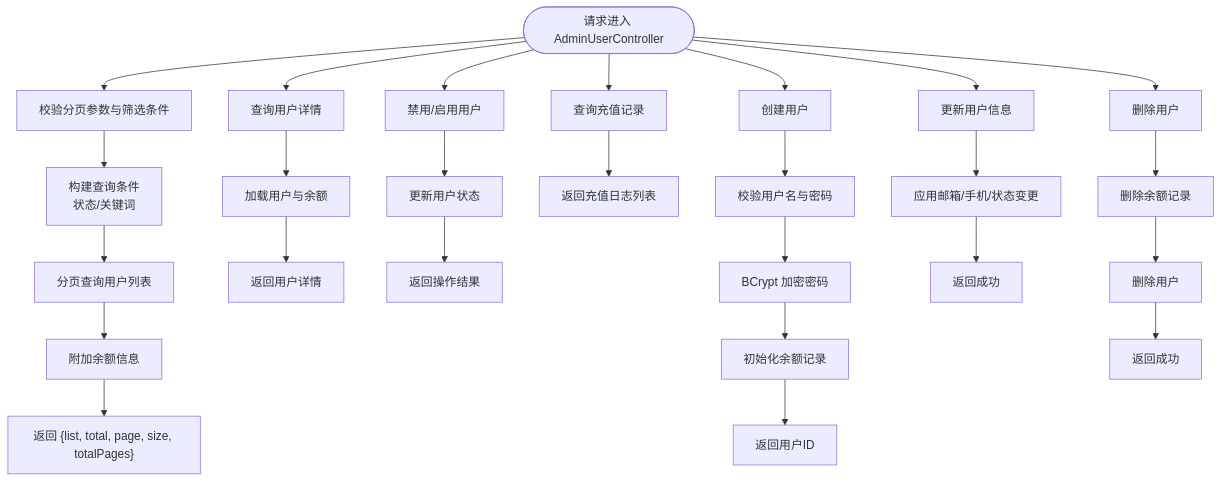
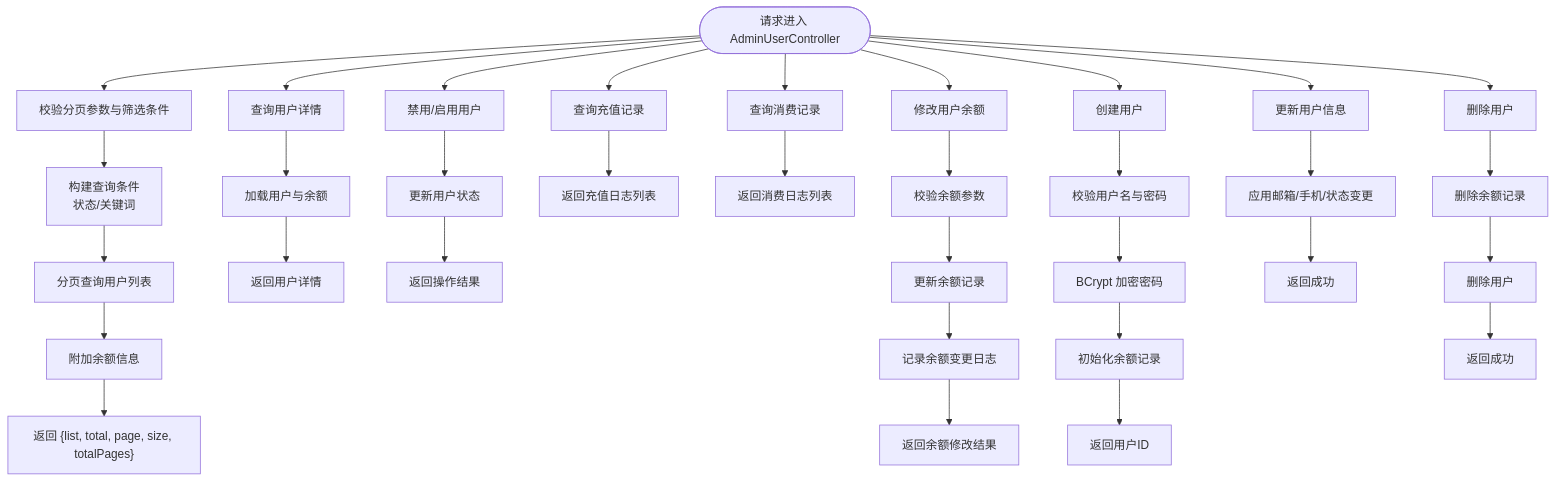
Before and after one commit to xulingfeng931027/get_jobs: the fourth of 9 diagrams in .qoder/repowiki/zh/content/API 接口文档/管理员管理接口.md, drawn with Mermaid. The commit also changed other lines of this file and 74 other files, not shown here.

````diff
--- a/.qoder/repowiki/zh/content/API 接口文档/管理员管理接口.md
+++ b/.qoder/repowiki/zh/content/API 接口文档/管理员管理接口.md
@@ -186,28 +207,35 @@
 ```mermaid
 flowchart TD
 Start(["请求进入 AdminUserController"]) --> CheckParams["校验分页参数与筛选条件"]
 CheckParams --> BuildQuery["构建查询条件<br/>状态/关键词"]
 BuildQuery --> Paginate["分页查询用户列表"]
 Paginate --> AttachBalance["附加余额信息"]
 AttachBalance --> ReturnList["返回 {list, total, page, size, totalPages}"]
 Start --> Detail["查询用户详情"]
 Detail --> LoadUser["加载用户与余额"]
 LoadUser --> ReturnDetail["返回用户详情"]
 Start --> Toggle["禁用/启用用户"]
 Toggle --> UpdateStatus["更新用户状态"]
 UpdateStatus --> ReturnToggle["返回操作结果"]
 Start --> RechargeLogs["查询充值记录"]
 RechargeLogs --> ReturnLogs["返回充值日志列表"]
+Start --> ConsumptionLogs["查询消费记录"]
+ConsumptionLogs --> ReturnConsumption["返回消费日志列表"]
+Start --> UpdateBalance["修改用户余额"]
+UpdateBalance --> ValidateInputs["校验余额参数"]
+ValidateInputs --> UpdateBalanceDB["更新余额记录"]
+UpdateBalanceDB --> LogChange["记录余额变更日志"]
+LogChange --> ReturnBalance["返回余额修改结果"]
 Start --> CreateUser["创建用户"]
-CreateUser --> ValidateInputs["校验用户名与密码"]
-ValidateInputs --> HashPassword["BCrypt 加密密码"]
+CreateUser --> ValidateInputs2["校验用户名与密码"]
+ValidateInputs2 --> HashPassword["BCrypt 加密密码"]
 HashPassword --> InitBalance["初始化余额记录"]
 InitBalance --> ReturnCreate["返回用户ID"]
 Start --> UpdateUser["更新用户信息"]
 UpdateUser --> ApplyChanges["应用邮箱/手机/状态变更"]
 ApplyChanges --> ReturnUpdate["返回成功"]
 Start --> DeleteUser["删除用户"]
 DeleteUser --> RemoveBalance["删除余额记录"]
 RemoveBalance --> RemoveUser["删除用户"]
 RemoveUser --> ReturnDelete["返回成功"]
 ```
````
